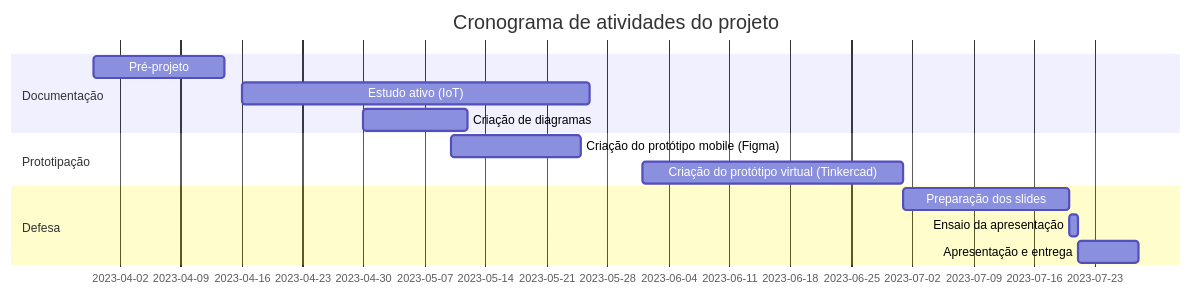
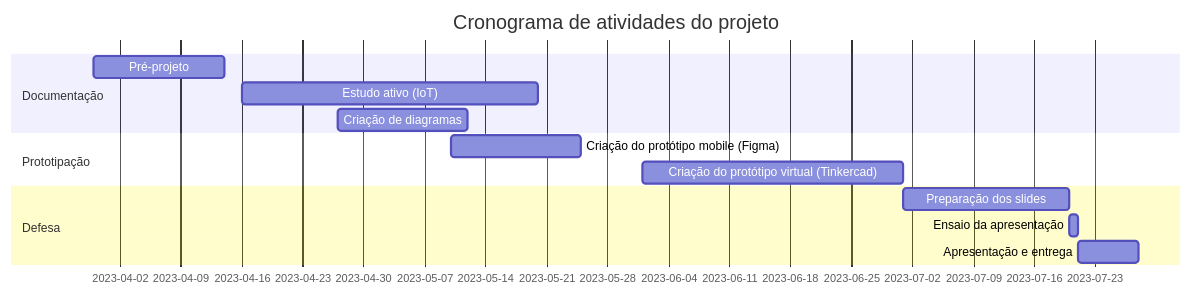
The diagram in README.md (AgathaSena/Projeto-Integrador-II), drawn with Mermaid before and after one commit.

Commit message:
fix:diagramas

````diff
--- a/README.md
+++ b/README.md
@@ -6,16 +6,16 @@
  ```mermaid
     gantt
     title Cronograma de atividades do projeto
     dateFormat  YYYY-MM-DD
     section Documentação
     Pré-projeto     :a1,  2023-03-30, 15d
-    Estudo ativo (IoT)  :a2, 2023-04-16, 40d
-    Criação de diagramas     :       c1,  2023-04-30, 12d
+    Estudo ativo (IoT)  :a2, 2023-04-16, 34d
+    Criação de diagramas     :       c1,  2023-04-27, 15d
     section Prototipação
     Criação do protótipo mobile (Figma)      :c2,    2023-05-10, 15d
     Criação do protótipo virtual (Tinkercad)      :c3,    2023-06-01, 30d
     section Defesa
     Preparação dos slides :p1, after c3, 19d
     Ensaio da apresentação :p2, after p1, 01d
     Apresentação e entrega  :p3, after p2, 07d
 ``` 
````
